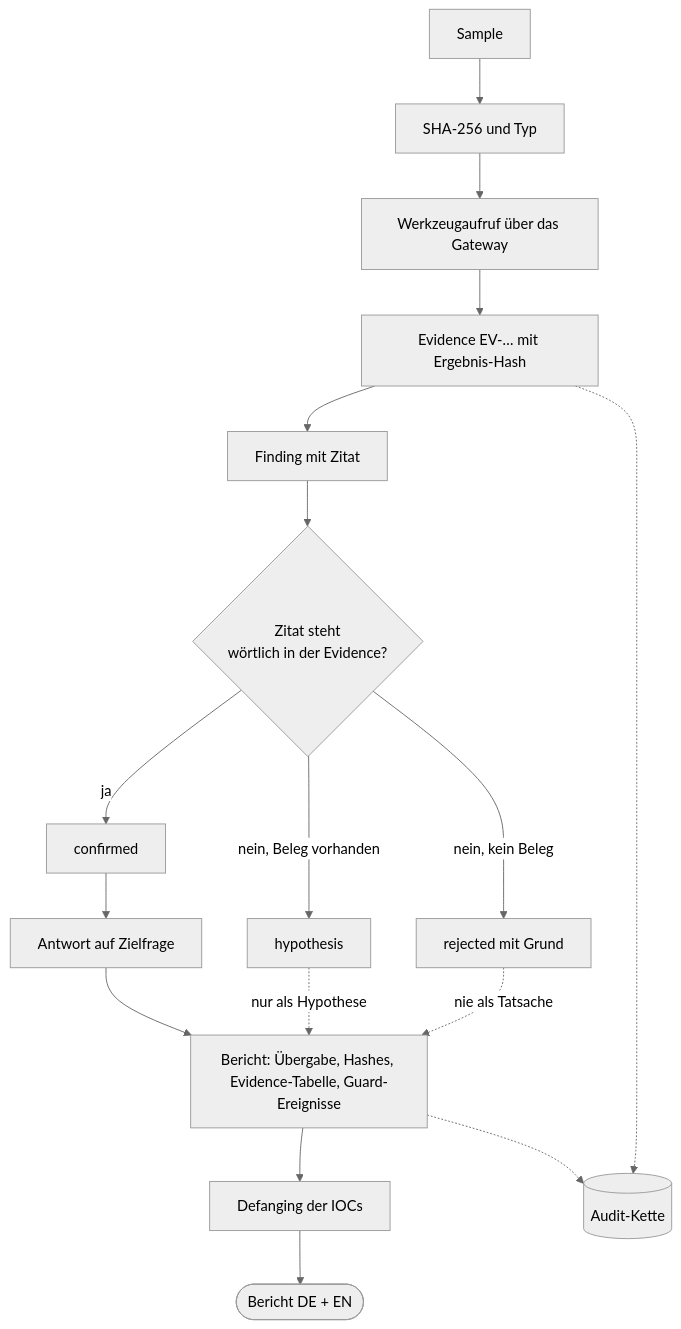
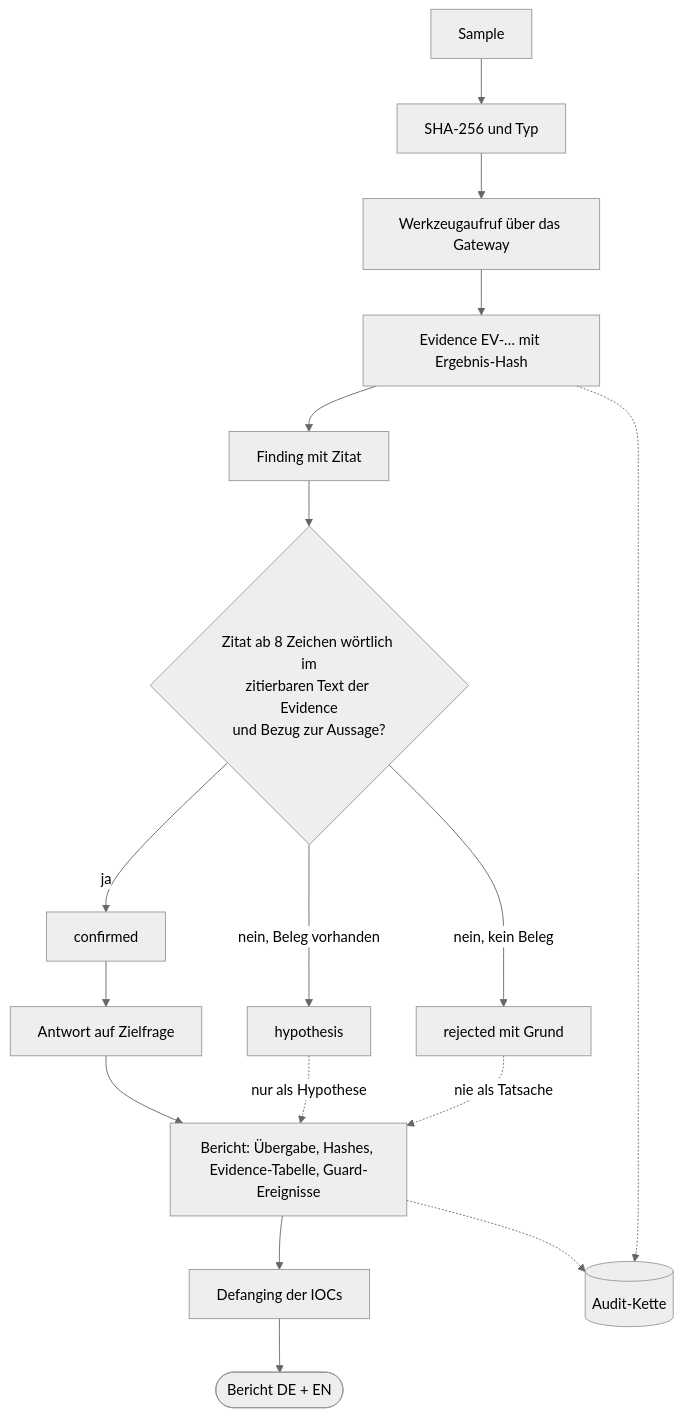
Before and after one commit to Agent4Forensic/LocalReverseAnyThingForensic: the fourth of 4 diagrams in docs/architecture/workflows.md, drawn with Mermaid (neutral theme). The commit also changed other lines of this file and 2 other files, not shown here.

First line of the commit message:
docs: ADR-0010 evidence check for the local model, status and workflow update

````diff
--- a/docs/architecture/workflows.md
+++ b/docs/architecture/workflows.md
@@ -89,19 +89,19 @@
 ```mermaid
 flowchart TD
     S[Sample] --> H[SHA-256 und Typ]
     H --> T[Werkzeugaufruf über das Gateway]
     T --> E[Evidence EV-… mit Ergebnis-Hash]
     E --> F[Finding mit Zitat]
-    F --> C{Zitat steht<br/>wörtlich in der Evidence?}
+    F --> C{Zitat ab 8 Zeichen wörtlich im<br/>zitierbaren Text der Evidence<br/>und Bezug zur Aussage?}
     C -->|ja| OK[confirmed]
     C -->|nein, Beleg vorhanden| HY[hypothesis]
     C -->|nein, kein Beleg| RJ[rejected mit Grund]
     OK --> A[Antwort auf Zielfrage]
     HY -.nur als Hypothese.-> R
     RJ -.nie als Tatsache.-> R
     A --> R[Bericht: Übergabe, Hashes, Evidence-Tabelle, Guard-Ereignisse]
     R --> D[Defanging der IOCs]
     D --> O([Bericht DE + EN])
     E -.-> AU[(Audit-Kette)]
     R -.-> AU
 ```
````
